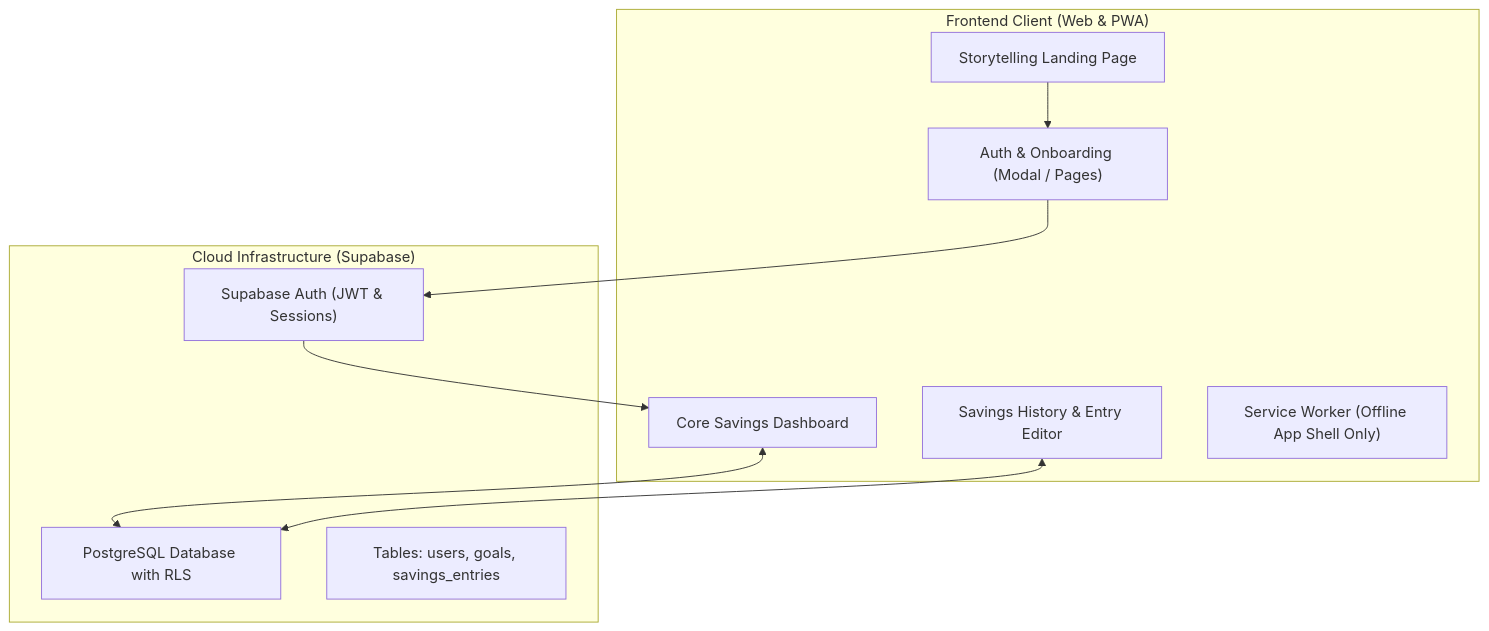
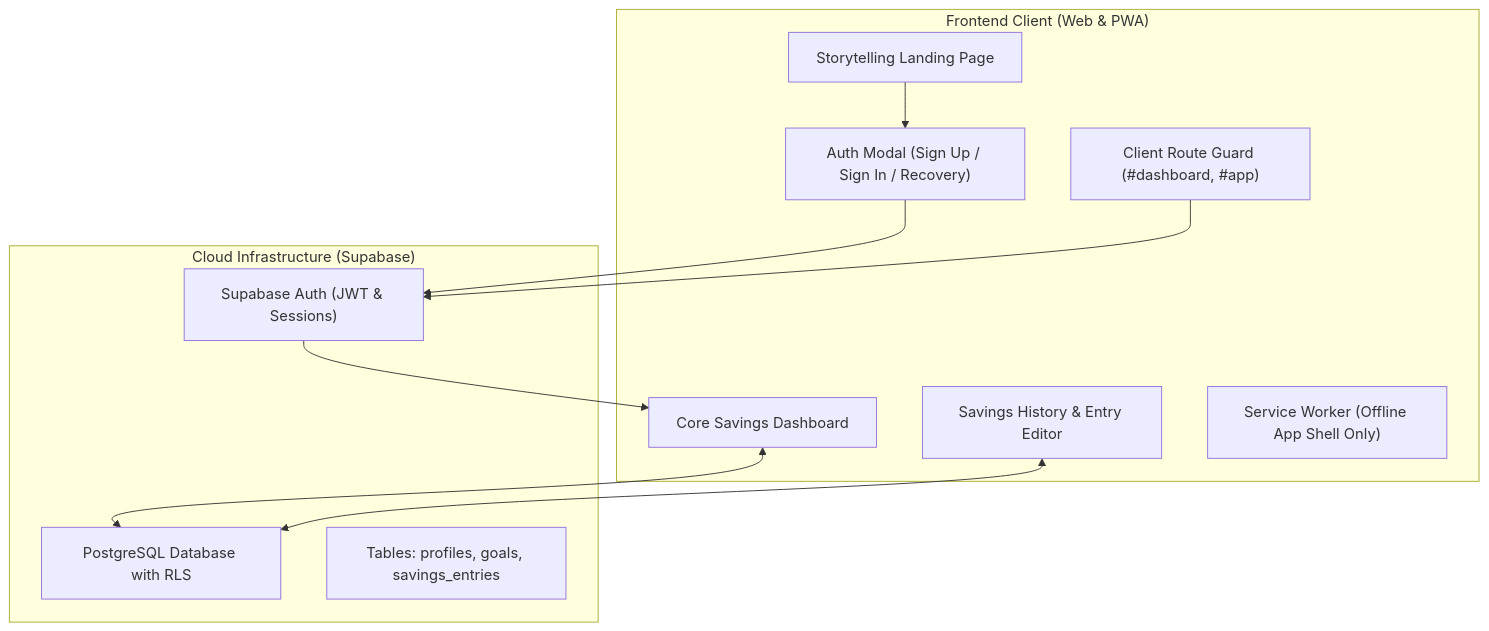
One commit to NairaStreak-Labs/NairaStreak changed the diagram in HANDOFF.md. Above: the diagram before and after it, drawn with Mermaid. The commit also changed other lines of this file and 16 other files, not shown here.

````diff
--- a/HANDOFF.md
+++ b/HANDOFF.md
@@ -58,22 +63,24 @@
 ```mermaid
 flowchart TD
     subgraph Client ["Frontend Client (Web & PWA)"]
         LP["Storytelling Landing Page"]
-        AuthUI["Auth & Onboarding (Modal / Pages)"]
+        AuthUI["Auth Modal (Sign Up / Sign In / Recovery)"]
+        Guard["Client Route Guard (#dashboard, #app)"]
         Dash["Core Savings Dashboard"]
         Hist["Savings History & Entry Editor"]
         SW["Service Worker (Offline App Shell Only)"]
     end
 
     subgraph Backend ["Cloud Infrastructure (Supabase)"]
         SAuth["Supabase Auth (JWT & Sessions)"]
         SRLS["PostgreSQL Database with RLS"]
-        Tables["Tables: users, goals, savings_entries"]
+        Tables["Tables: profiles, goals, savings_entries"]
     end
 
     LP --> AuthUI
     AuthUI --> SAuth
+    Guard --> SAuth
     SAuth --> Dash
     Dash <--> SRLS
     Hist <--> SRLS
 ```
````
